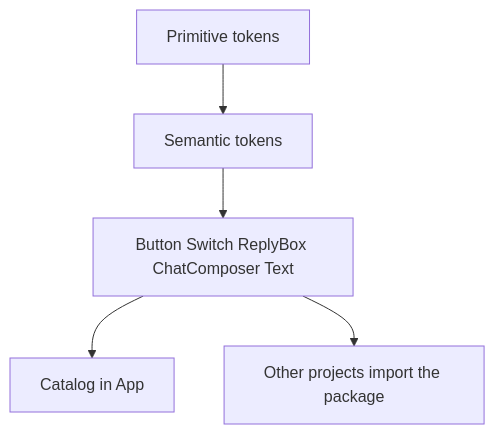
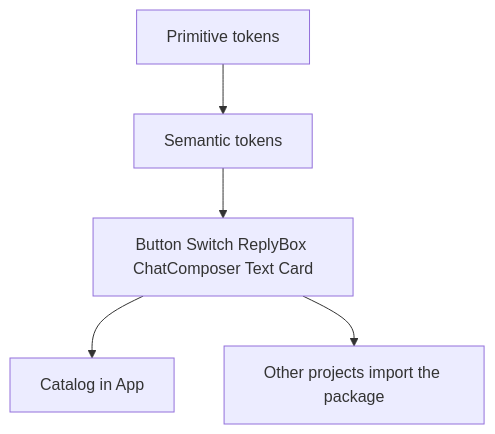
One commit to rtao7/ray-design-system changed the diagram in README.md. Above: the diagram before and after it, drawn with Mermaid. The commit also changed other lines of this file and 7 other files, not shown here.

````diff
--- a/README.md
+++ b/README.md
@@ -19,12 +19,12 @@
 ```mermaid
 flowchart TD
   primitive[Primitive tokens]
   semantic[Semantic tokens]
-  components[Button Switch ReplyBox ChatComposer Text]
+  components[Button Switch ReplyBox ChatComposer Text Card]
   catalog[Catalog in App]
   later[Other projects import the package]
   primitive --> semantic
   semantic --> components
   components --> catalog
   components --> later
 ```
````
